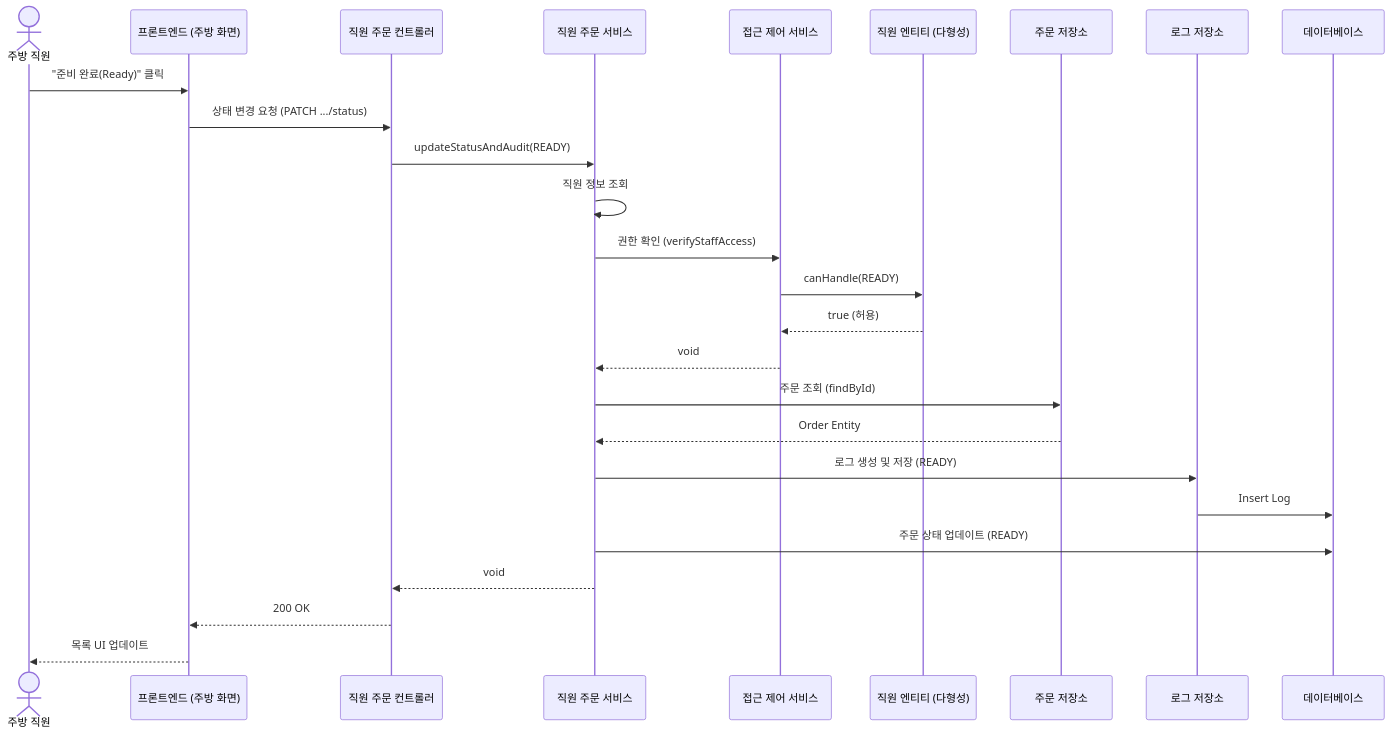
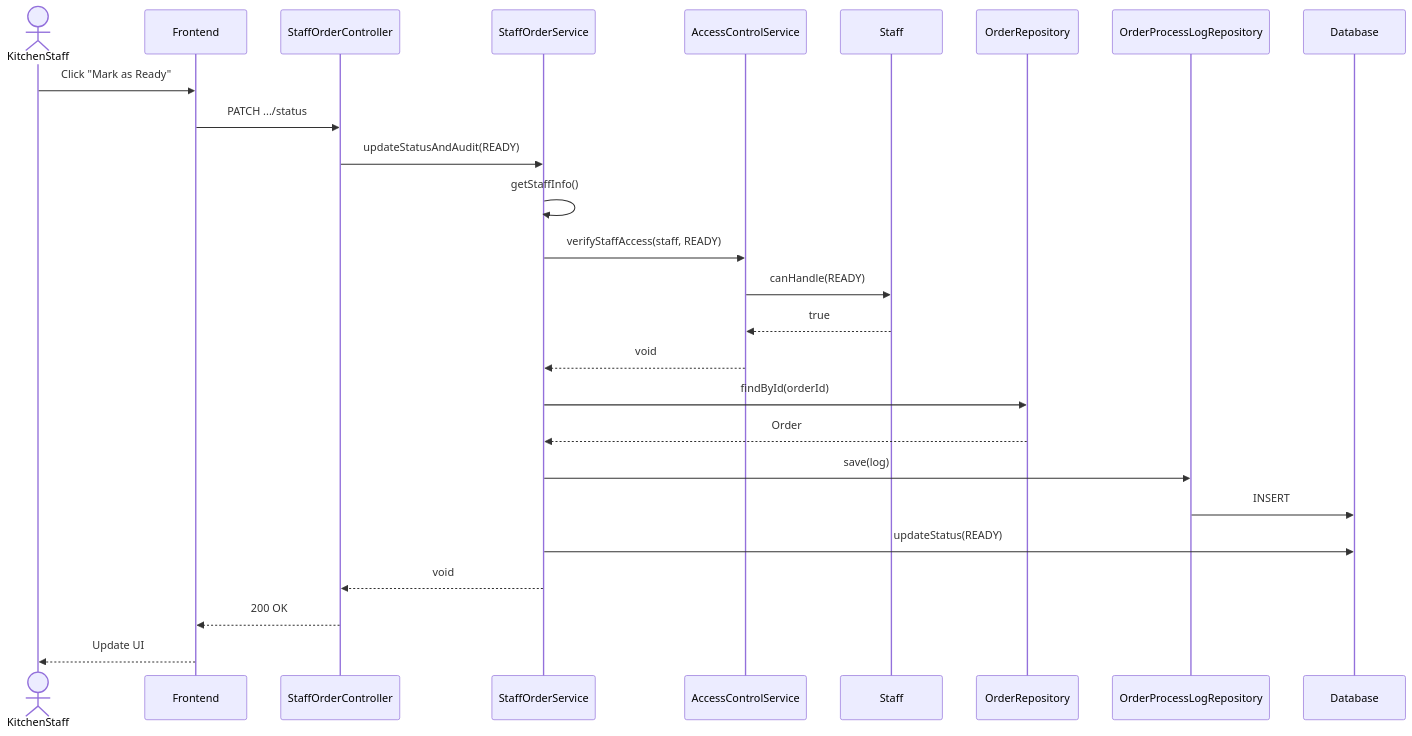
One commit to bobbobbob1010/SoftwareEngineering changed the sixth of 8 diagrams in docs/시퀀스_다이어그램.md. Above: the diagram before and after it, drawn with Mermaid. The commit also changed other lines of this file, not shown here.

````diff
--- a/docs/시퀀스_다이어그램.md
+++ b/docs/시퀀스_다이어그램.md
@@ -138,34 +138,34 @@
 ```mermaid
 sequenceDiagram
-    actor KitchenStaff as 주방 직원
-    participant Frontend as 프론트엔드 (주방 화면)
-    participant StaffOrderController as 직원 주문 컨트롤러
-    participant StaffOrderService as 직원 주문 서비스
-    participant AccessControlService as 접근 제어 서비스
-    participant StaffEntity as 직원 엔티티 (다형성)
-    participant OrderRepository as 주문 저장소
-    participant OrderProcessLogRepository as 로그 저장소
-    participant Database as 데이터베이스
+    actor KitchenStaff
+    participant Frontend
+    participant StaffOrderController
+    participant StaffOrderService
+    participant AccessControlService
+    participant Staff
+    participant OrderRepository
+    participant OrderProcessLogRepository
+    participant Database
 
-    KitchenStaff->>Frontend: "준비 완료(Ready)" 클릭
-    Frontend->>StaffOrderController: 상태 변경 요청 (PATCH .../status)
+    KitchenStaff->>Frontend: Click "Mark as Ready"
+    Frontend->>StaffOrderController: PATCH .../status
     StaffOrderController->>StaffOrderService: updateStatusAndAudit(READY)
 
-    StaffOrderService->>StaffOrderService: 직원 정보 조회
-    StaffOrderService->>AccessControlService: 권한 확인 (verifyStaffAccess)
-    AccessControlService->>StaffEntity: canHandle(READY)
-    StaffEntity-->>AccessControlService: true (허용)
+    StaffOrderService->>StaffOrderService: getStaffInfo()
+    StaffOrderService->>AccessControlService: verifyStaffAccess(staff, READY)
+    AccessControlService->>Staff: canHandle(READY)
+    Staff-->>AccessControlService: true
     AccessControlService-->>StaffOrderService: void
 
-    StaffOrderService->>OrderRepository: 주문 조회 (findById)
-    OrderRepository-->>StaffOrderService: Order Entity
+    StaffOrderService->>OrderRepository: findById(orderId)
+    OrderRepository-->>StaffOrderService: Order
 
-    StaffOrderService->>OrderProcessLogRepository: 로그 생성 및 저장 (READY)
-    OrderProcessLogRepository->>Database: Insert Log
+    StaffOrderService->>OrderProcessLogRepository: save(log)
+    OrderProcessLogRepository->>Database: INSERT
 
-    StaffOrderService->>Database: 주문 상태 업데이트 (READY)
+    StaffOrderService->>Database: updateStatus(READY)
 
     StaffOrderService-->>StaffOrderController: void
     StaffOrderController-->>Frontend: 200 OK
-    Frontend-->>KitchenStaff: 목록 UI 업데이트
+    Frontend-->>KitchenStaff: Update UI
 ```
````
